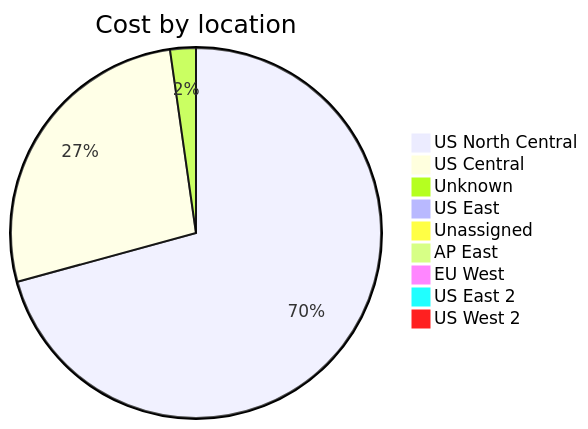
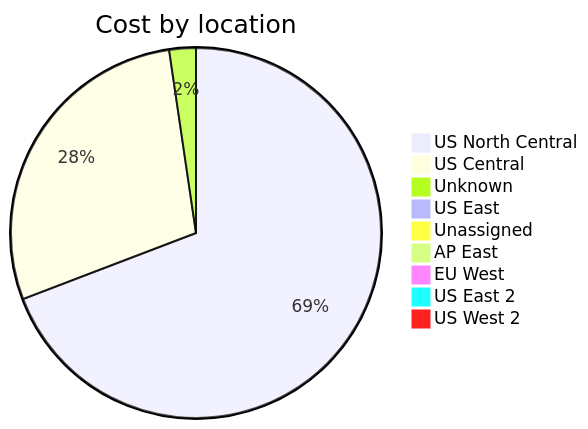
The third of 4 diagrams in cost-reports/accumulated-cost.md (jpfulton/azure-personal-reports), drawn with Mermaid before and after one commit. The commit also changed other lines of this file and 4 other files, not shown here.

````diff
--- a/cost-reports/accumulated-cost.md
+++ b/cost-reports/accumulated-cost.md
@@ -131,13 +131,13 @@
 ```mermaid
 pie
    title Cost by location
-   "US North Central" : 15.44
-   "US Central" : 5.89
-   "Unknown" : 0.49
-   "US East" : 0.10
-   "Unassigned" : 0.09
+   "US North Central" : 15.77
+   "US Central" : 6.49
+   "Unknown" : 0.53
+   "US East" : 0.11
+   "Unassigned" : 0.10
    "AP East" : 0.00
    "EU West" : 0.00
    "US East 2" : 0.00
    "US West 2" : 0.00
 ```
````
